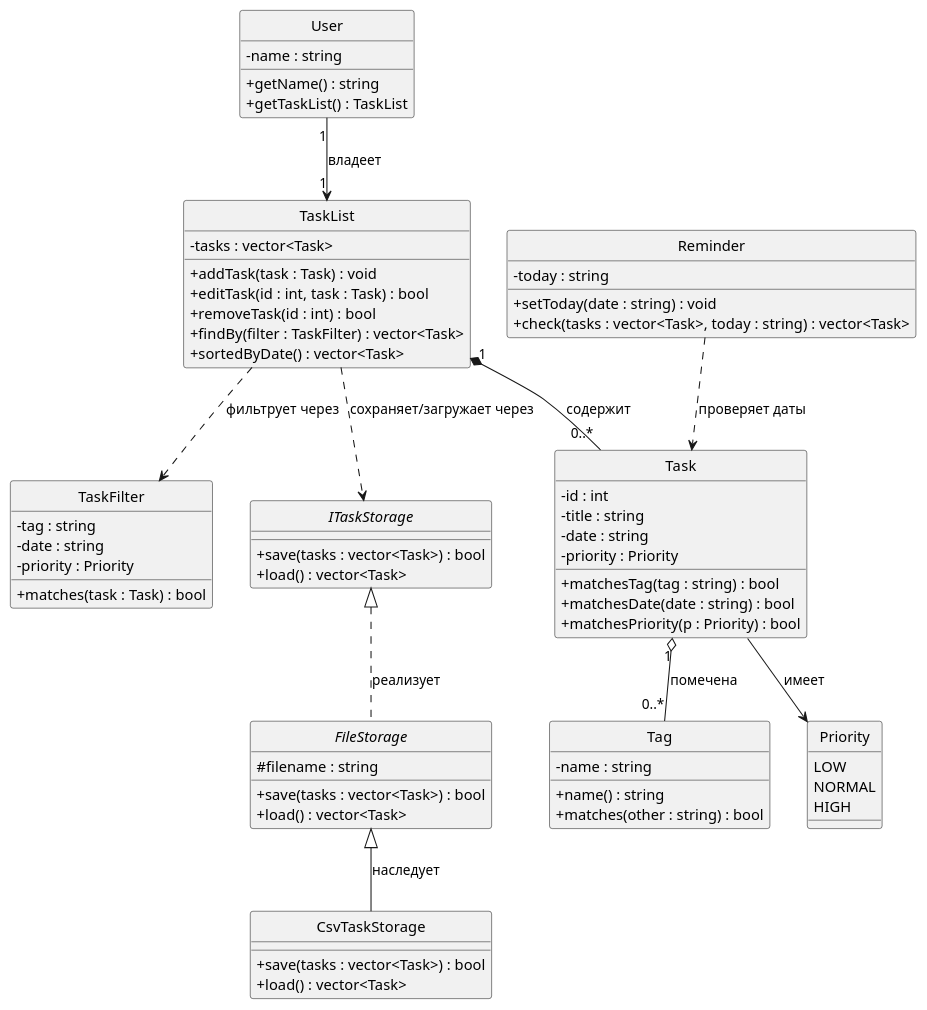
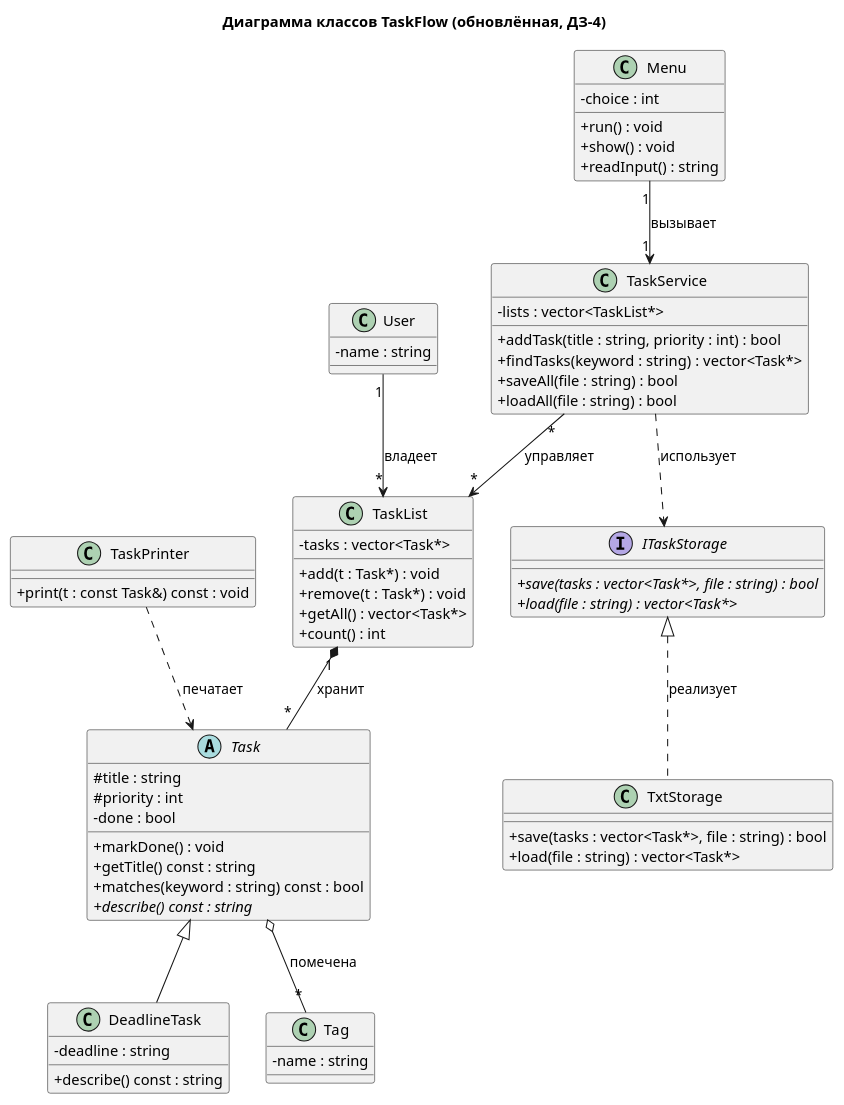
The diagram in docs/uml/02_class_domain.puml (Ruslan1209/TaskFlow), drawn with PlantUML before and after one commit.

```diff
--- a/docs/uml/02_class_domain.puml
+++ b/docs/uml/02_class_domain.puml
@@ -1,81 +1,74 @@
-@startuml
-hide circle
+@startuml 02_class_domain
 skinparam classAttributeIconSize 0
+title Диаграмма классов TaskFlow (обновлённая, ДЗ-4)
 
-enum Priority {
-  LOW
-  NORMAL
-  HIGH
+class Menu {
+  - choice : int
+  + run() : void
+  + show() : void
+  + readInput() : string
 }
 
-class Task {
-  - id : int
-  - title : string
-  - date : string
-  - priority : Priority
-  + matchesTag(tag : string) : bool
-  + matchesDate(date : string) : bool
-  + matchesPriority(p : Priority) : bool
+class TaskService {
+  - lists : vector<TaskList*>
+  + addTask(title : string, priority : int) : bool
+  + findTasks(keyword : string) : vector<Task*>
+  + saveAll(file : string) : bool
+  + loadAll(file : string) : bool
+}
+
+class User {
+  - name : string
+}
+
+class TaskList {
+  - tasks : vector<Task*>
+  + add(t : Task*) : void
+  + remove(t : Task*) : void
+  + getAll() : vector<Task*>
+  + count() : int
+}
+
+abstract class Task {
+  # title : string
+  # priority : int
+  - done : bool
+  + markDone() : void
+  + getTitle() const : string
+  + matches(keyword : string) const : bool
+  + {abstract} describe() const : string
+}
+
+class DeadlineTask {
+  - deadline : string
+  + describe() const : string
 }
 
 class Tag {
   - name : string
-  + name() : string
-  + matches(other : string) : bool
 }
 
-class TaskList {
-  - tasks : vector<Task>
-  + addTask(task : Task) : void
-  + editTask(id : int, task : Task) : bool
-  + removeTask(id : int) : bool
-  + findBy(filter : TaskFilter) : vector<Task>
-  + sortedByDate() : vector<Task>
-}
-
-class TaskFilter {
-  - tag : string
-  - date : string
-  - priority : Priority
-  + matches(task : Task) : bool
-}
-
-class User {
-  - name : string
-  + getName() : string
-  + getTaskList() : TaskList
-}
-
-class Reminder {
-  - today : string
-  + setToday(date : string) : void
-  + check(tasks : vector<Task>, today : string) : vector<Task>
+class TaskPrinter {
+  + print(t : const Task&) const : void
 }
 
 interface ITaskStorage {
-  + save(tasks : vector<Task>) : bool
-  + load() : vector<Task>
+  + {abstract} save(tasks : vector<Task*>, file : string) : bool
+  + {abstract} load(file : string) : vector<Task*>
 }
 
-abstract class FileStorage {
-  # filename : string
-  + save(tasks : vector<Task>) : bool
-  + load() : vector<Task>
+class TxtStorage {
+  + save(tasks : vector<Task*>, file : string) : bool
+  + load(file : string) : vector<Task*>
 }
 
-class CsvTaskStorage {
-  + save(tasks : vector<Task>) : bool
-  + load() : vector<Task>
-}
-
-TaskList "1" *-- "0..*" Task : содержит
-Task "1" o-- "0..*" Tag : помечена
-User "1" --> "1" TaskList : владеет
-Task --> Priority : имеет
-TaskList ..> TaskFilter : фильтрует через
-TaskList ..> ITaskStorage : сохраняет/загружает через
-Reminder ..> Task : проверяет даты
-ITaskStorage <|.. FileStorage : реализует
-FileStorage <|-- CsvTaskStorage : наследует
-
+User "1" --> "*" TaskList : владеет
+TaskList "1" *-- "*" Task : хранит
+Task o-- "*" Tag : помечена
+Task <|-- DeadlineTask
+TaskPrinter ..> Task : печатает
+TaskService "*" --> "*" TaskList : управляет
+TaskService ..> ITaskStorage : использует
+TxtStorage .up.|> ITaskStorage : реализует
+Menu "1" --> "1" TaskService : вызывает
 @enduml
```
